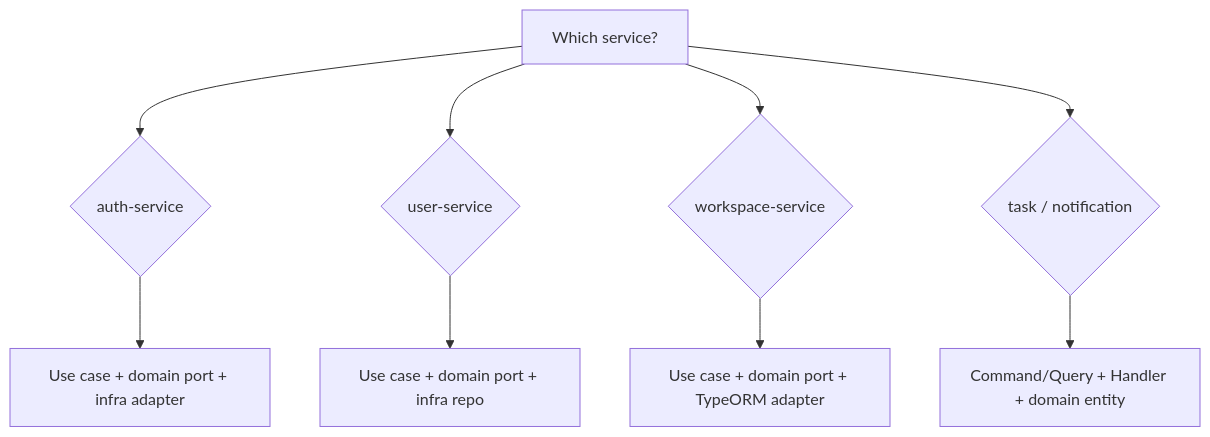
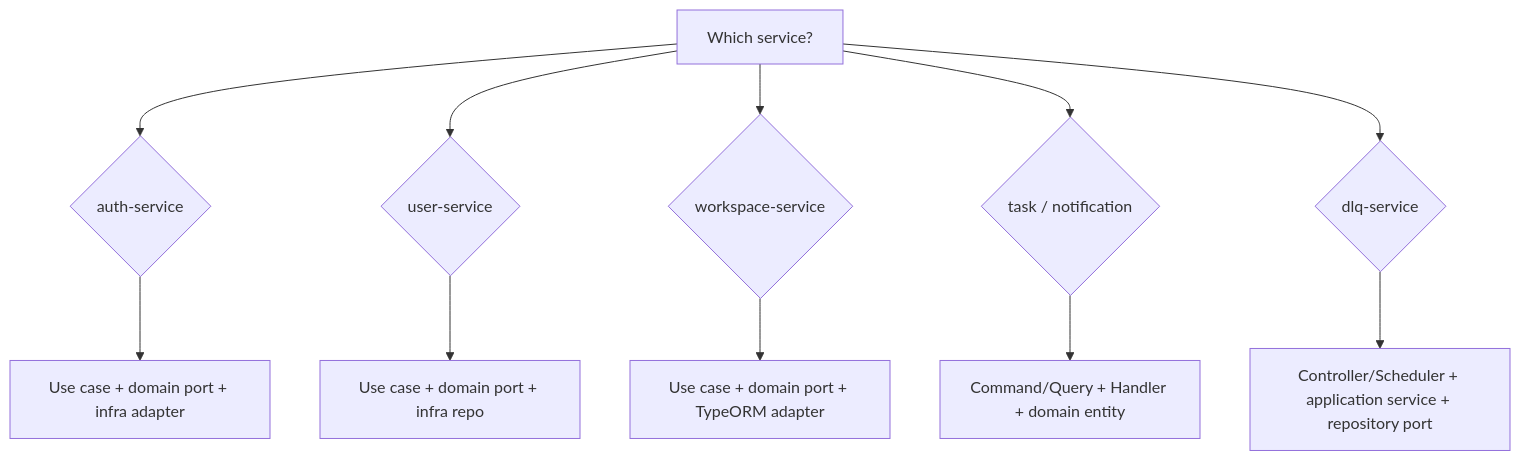
One commit to lengocanh2005it/collabspace changed the diagram in .claude/docs/service-architecture.md. Above: the diagram before and after it, drawn with Mermaid. The commit also changed other lines of this file and 50 other files, not shown here.

Commit message:
Complete dlq service rollout

````diff
--- a/.claude/docs/service-architecture.md
+++ b/.claude/docs/service-architecture.md
@@ -411,11 +463,13 @@
 ```mermaid
 flowchart TD
   A[Which service?] --> B{auth-service}
   A --> C{user-service}
   A --> D{workspace-service}
   A --> E{task / notification}
+  A --> F{dlq-service}
   B --> B1[Use case + domain port + infra adapter]
   C --> C1[Use case + domain port + infra repo]
   D --> D1[Use case + domain port + TypeORM adapter]
   E --> E1[Command/Query + Handler + domain entity]
+  F --> F1[Controller/Scheduler + application service + repository port]
 ```
````
